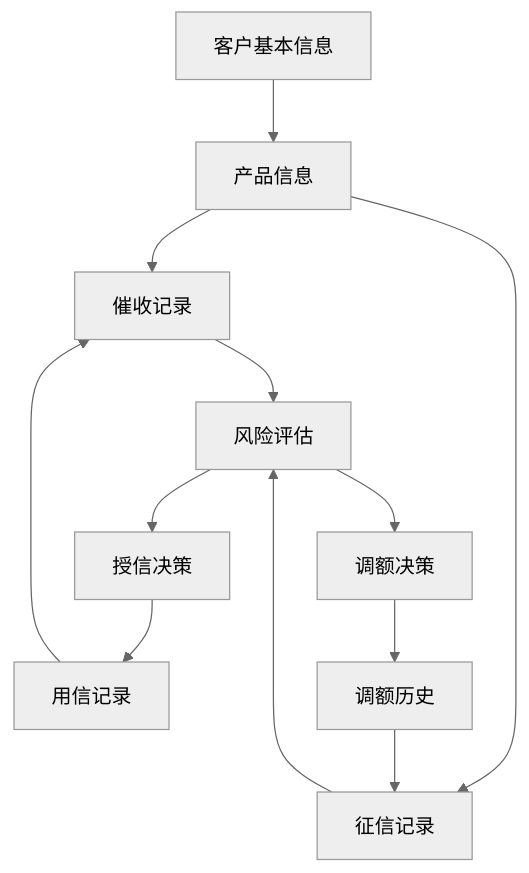
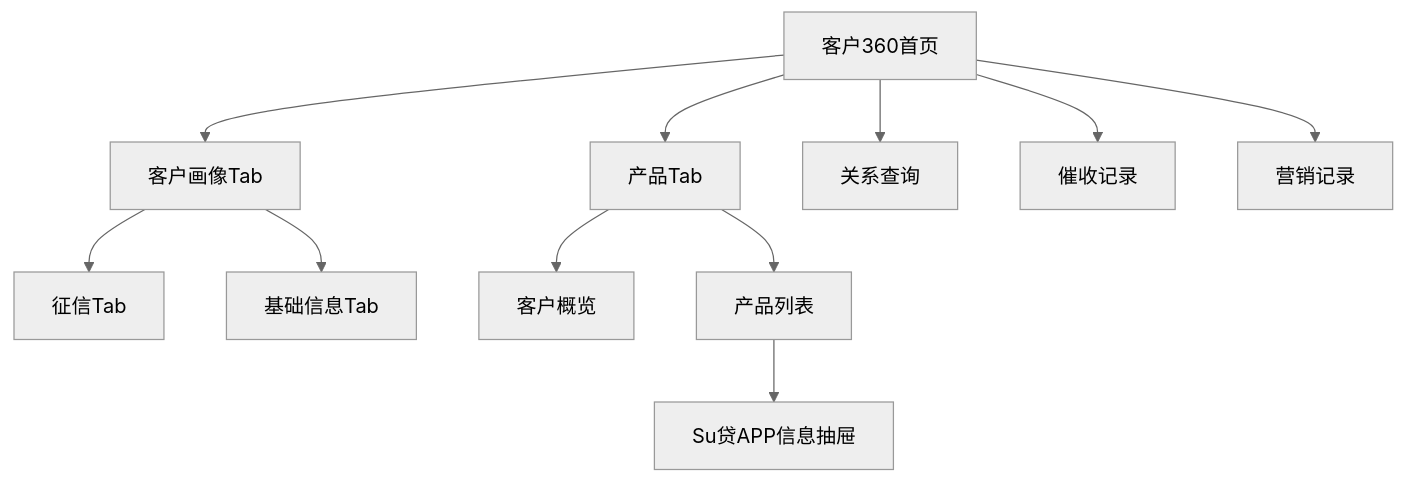
The diagram in .trae/documents/customer360_requirements.md (wenbo0527/data_community), drawn with Mermaid (neutral theme) before and after one commit. The commit also changed other lines of this file and 69 other files, not shown here.

````diff
--- a/.trae/documents/customer360_requirements.md
+++ b/.trae/documents/customer360_requirements.md
@@ -787,14 +1227,13 @@
 ```mermaid
 graph TD
-    A[客户基本信息] --> B[产品信息]
-    B --> C[催收记录]
-    B --> D[征信记录]
-    C --> E[风险评估]
-    D --> E
-    E --> F[授信决策]
-    E --> G[调额决策]
-    F --> H[用信记录]
-    G --> I[调额历史]
-    H --> C
-    I --> D
+  A[客户360首页] --> B[客户画像Tab]
+  A --> C[产品Tab]
+  B --> D[征信Tab]
+  B --> E[基础信息Tab]
+  C --> F[客户概览]
+  C --> G[产品列表]
+  G --> H[Su贷APP信息抽屉]
+  A --> I[关系查询]
+  A --> J[催收记录]
+  A --> K[营销记录]
 ```
````
